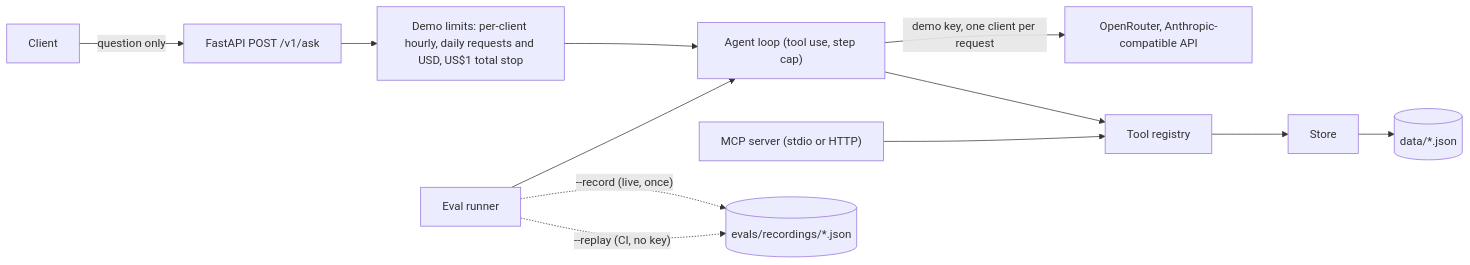
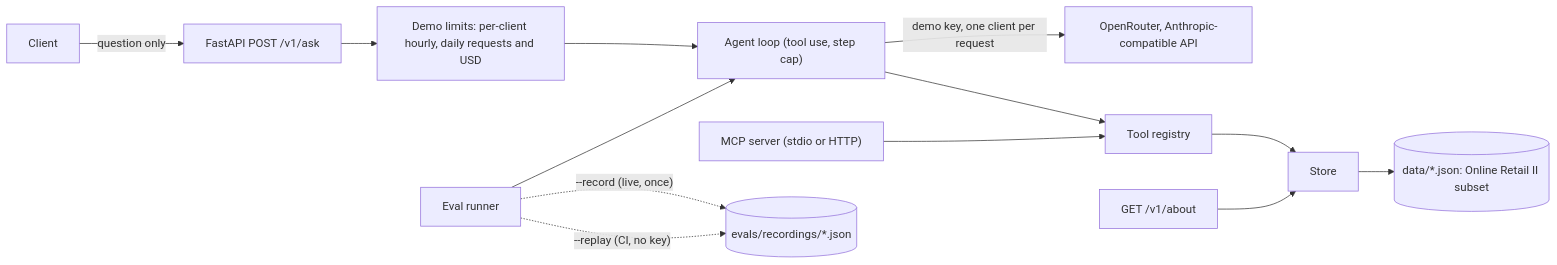
The diagram in README.md (jdgafx/company-ops-agent), drawn with Mermaid before and after one commit. The commit also changed other lines of this file and 57 other files, not shown here.

Commit message:
TA/TB: real UK retail data (Online Retail II, CC BY 4.0), remove US$1 total stop, /v1/about and cost, redesigned demo page

````diff
--- a/README.md
+++ b/README.md
@@ -22,14 +22,15 @@
 ```mermaid
 flowchart LR
     client[Client] -->|question only| ask["FastAPI POST /v1/ask"]
-    ask --> demo["Demo limits: per-client hourly, daily requests and USD, US$1 total stop"]
+    ask --> demo["Demo limits: per-client hourly, daily requests and USD"]
     demo --> loop["Agent loop (tool use, step cap)"]
     loop -->|demo key, one client per request| model["OpenRouter, Anthropic-compatible API"]
     loop --> reg["Tool registry"]
     reg --> store["Store"]
-    store --> data[("data/*.json")]
+    store --> data[("data/*.json: Online Retail II subset")]
+    about["GET /v1/about"] --> store
     mcp["MCP server (stdio or HTTP)"] --> reg
     evals["Eval runner"] --> loop
     evals -. "--record (live, once)" .-> rec[("evals/recordings/*.json")]
     evals -. "--replay (CI, no key)" .-> rec
 ```
````
